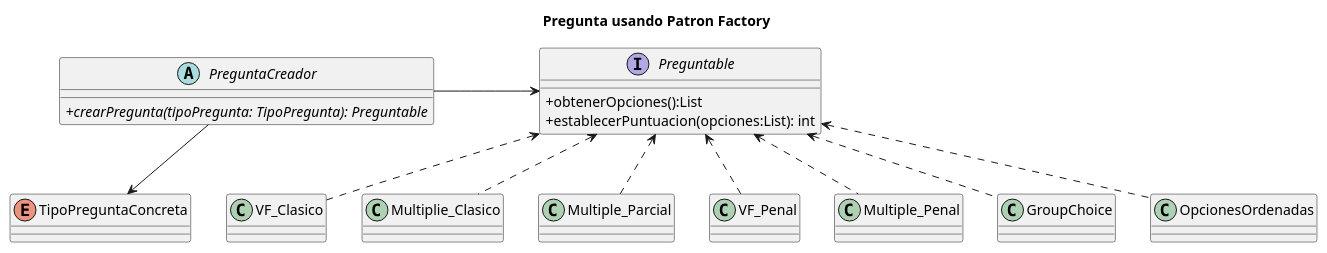
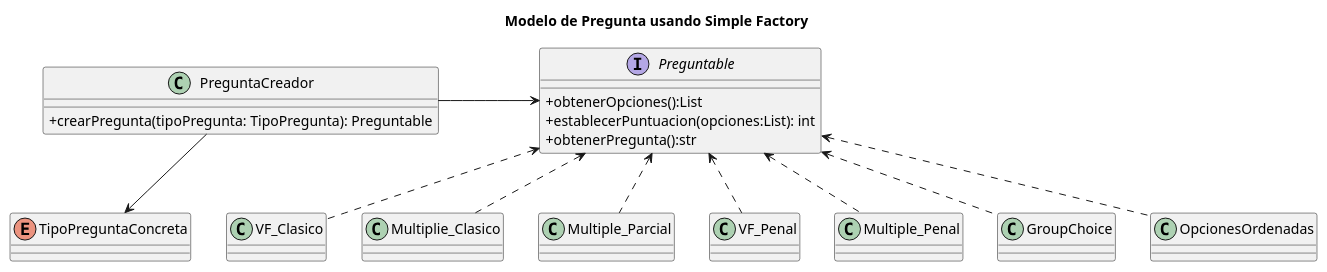
One commit to gylopezgiles/TP2 changed the diagram in doc/Diagramas/Diagramas_Clase/pregunta/pregunta.plantuml. Above: the diagram before and after it, drawn with PlantUML. The commit also changed 8 other files, not shown here.

First line of the commit message:
Se actualizaron los diagrama de clase para que esten alineados con el codigo.

```diff
--- a/doc/Diagramas/Diagramas_Clase/pregunta/pregunta.plantuml
+++ b/doc/Diagramas/Diagramas_Clase/pregunta/pregunta.plantuml
@@ -2,63 +2,64 @@
 @startuml
-title Pregunta usando Patron Factory
+title Modelo de Pregunta usando Simple Factory
 skinparam classAttributeIconSize 0
 
-abstract class PreguntaCreador{
-    + {abstract}crearPregunta(tipoPregunta: TipoPregunta): Preguntable
+class PreguntaCreador{
+    + crearPregunta(tipoPregunta: TipoPregunta): Preguntable
 }
 
 interface Preguntable{
     + obtenerOpciones():List
     + establecerPuntuacion(opciones:List): int
+    + obtenerPregunta():str
 }
 
 enum TipoPreguntaConcreta{
 }
 
 
 ' sin penalidad
 class VF_Clasico{
 }
 
 class Multiplie_Clasico{
 
 }
 
 class Multiple_Parcial{
     
 }
 
 
 ' con penalidad
 class VF_Penal{
 }
 
 class Multiple_Penal{
 }
 
 
 ' Especiales
 class GroupChoice{
 }
 
 class OpcionesOrdenadas{
 }
 
 
 PreguntaCreador -down->TipoPreguntaConcreta
 PreguntaCreador -> Preguntable
 
 ' Preg_Penal
 Preguntable <.. VF_Penal
 Preguntable <.. Multiple_Penal
 
 
 ' Pregun_Sin_Penal
 Preguntable <.. VF_Clasico
 Preguntable <.. Multiplie_Clasico
 Preguntable <.. Multiple_Parcial
 
 Preguntable <.. GroupChoice
 Preguntable <.. OpcionesOrdenadas
 
 @enduml
```
